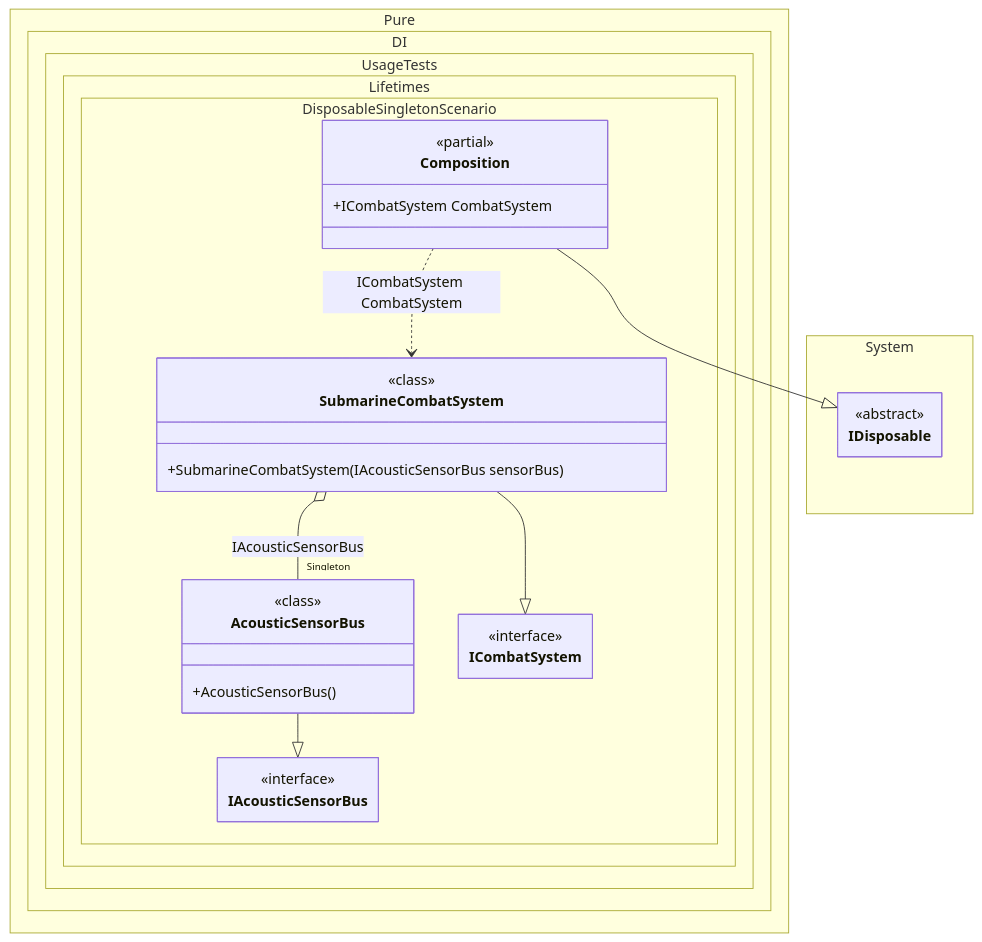
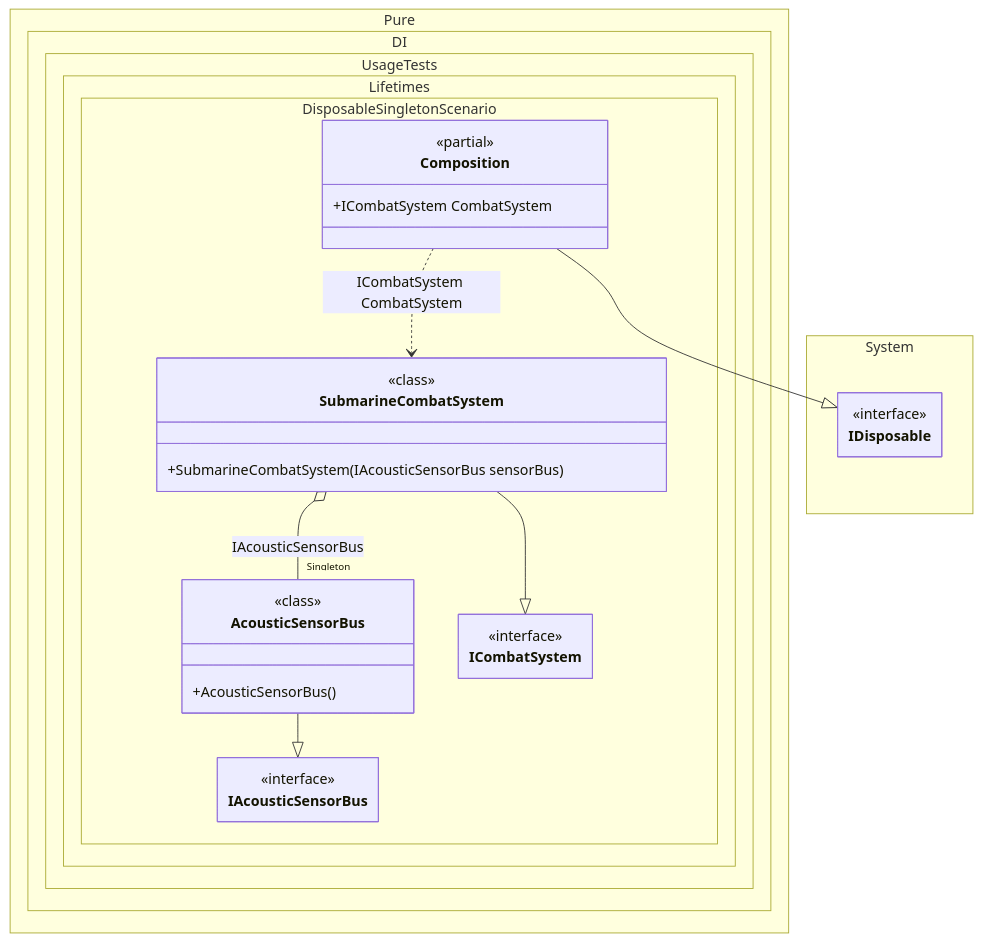
Before and after one commit to MaiKuraki/Pure.DI: the diagram in readme/disposable-singleton.md, drawn with Mermaid. The commit also changed other lines of this file and 152 other files, not shown here.

````diff
--- a/readme/disposable-singleton.md
+++ b/readme/disposable-singleton.md
@@ -165,40 +165,38 @@
 ```mermaid
 ---
  config:
-  maxTextSize: 2147483647
-  maxEdges: 2147483647
   class:
    hideEmptyMembersBox: true
 ---
 classDiagram
 	Composition --|> IDisposable
 	AcousticSensorBus --|> IAcousticSensorBus
 	SubmarineCombatSystem --|> ICombatSystem
 	Composition ..> SubmarineCombatSystem : ICombatSystem CombatSystem
 	SubmarineCombatSystem o-- "Singleton" AcousticSensorBus : IAcousticSensorBus
 	namespace Pure.DI.UsageTests.Lifetimes.DisposableSingletonScenario {
 		class AcousticSensorBus {
 				<<class>>
 			+AcousticSensorBus()
 		}
 		class Composition {
 		<<partial>>
 		+ICombatSystem CombatSystem
 		}
 		class IAcousticSensorBus {
 			<<interface>>
 		}
 		class ICombatSystem {
 			<<interface>>
 		}
 		class SubmarineCombatSystem {
 				<<class>>
 			+SubmarineCombatSystem(IAcousticSensorBus sensorBus)
 		}
 	}
 	namespace System {
 		class IDisposable {
-			<<abstract>>
+			<<interface>>
 		}
 	}
 ```
````
